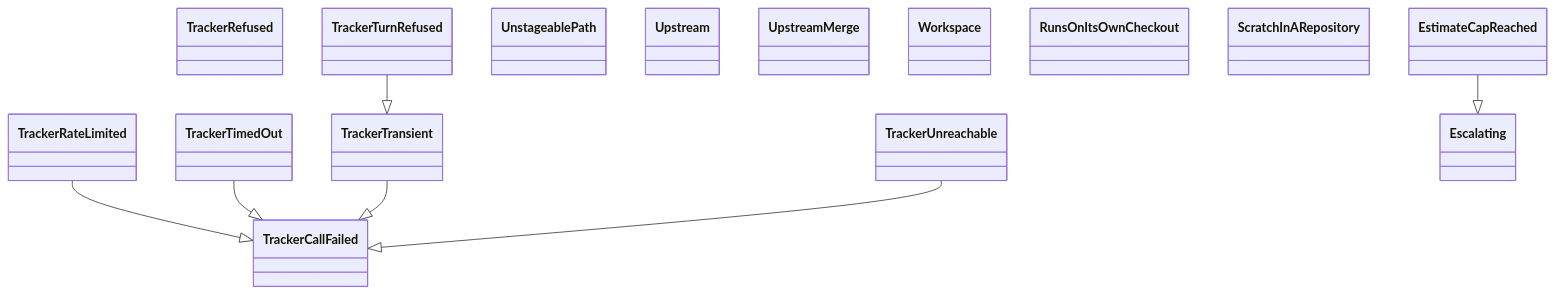
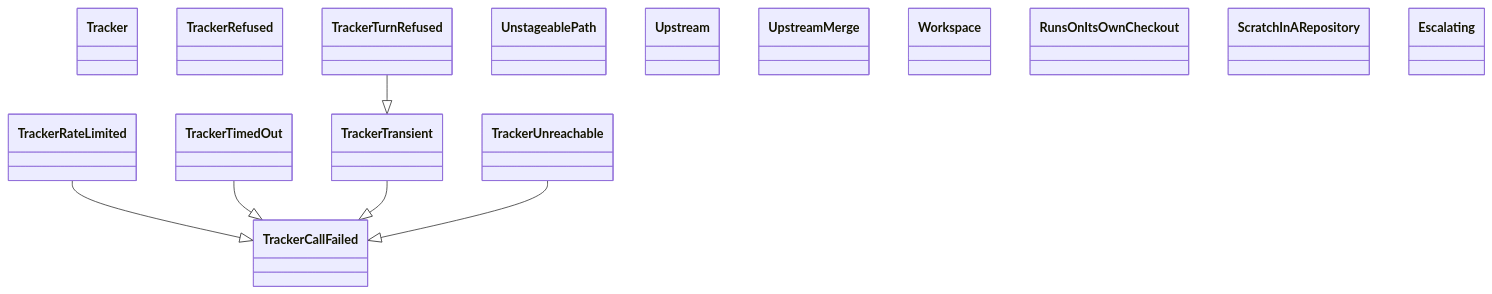
The diagram in docs/architecture/generated/classes-process-application-support-7.md (GonzaloZevallos/agentic-system), drawn with Mermaid before and after one commit. The commit also changed other lines of this file and 9 other files, not shown here.

Commit message:
Regenerate the architecture docs for the GhCallLog seam

````diff
--- a/docs/architecture/generated/classes-process-application-support-7.md
+++ b/docs/architecture/generated/classes-process-application-support-7.md
@@ -20,24 +20,23 @@
 ```mermaid
 classDiagram
+    class ports__Tracker["Tracker"]
     class ports__TrackerCallFailed["TrackerCallFailed"]
     class ports__TrackerRateLimited["TrackerRateLimited"]
     class ports__TrackerRefused["TrackerRefused"]
     class ports__TrackerTimedOut["TrackerTimedOut"]
     class ports__TrackerTransient["TrackerTransient"]
     class ports__TrackerTurnRefused["TrackerTurnRefused"]
     class ports__TrackerUnreachable["TrackerUnreachable"]
     class ports__UnstageablePath["UnstageablePath"]
     class ports__Upstream["Upstream"]
     class ports__UpstreamMerge["UpstreamMerge"]
     class ports__Workspace["Workspace"]
     class preflight__RunsOnItsOwnCheckout["RunsOnItsOwnCheckout"]
     class preflight__ScratchInARepository["ScratchInARepository"]
     class run_role__Escalating["Escalating"]
-    class run_role__EstimateCapReached["EstimateCapReached"]
     ports__TrackerRateLimited --|> ports__TrackerCallFailed
     ports__TrackerTimedOut --|> ports__TrackerCallFailed
     ports__TrackerTransient --|> ports__TrackerCallFailed
     ports__TrackerTurnRefused --|> ports__TrackerTransient
     ports__TrackerUnreachable --|> ports__TrackerCallFailed
-    run_role__EstimateCapReached --|> run_role__Escalating
 ```
````
